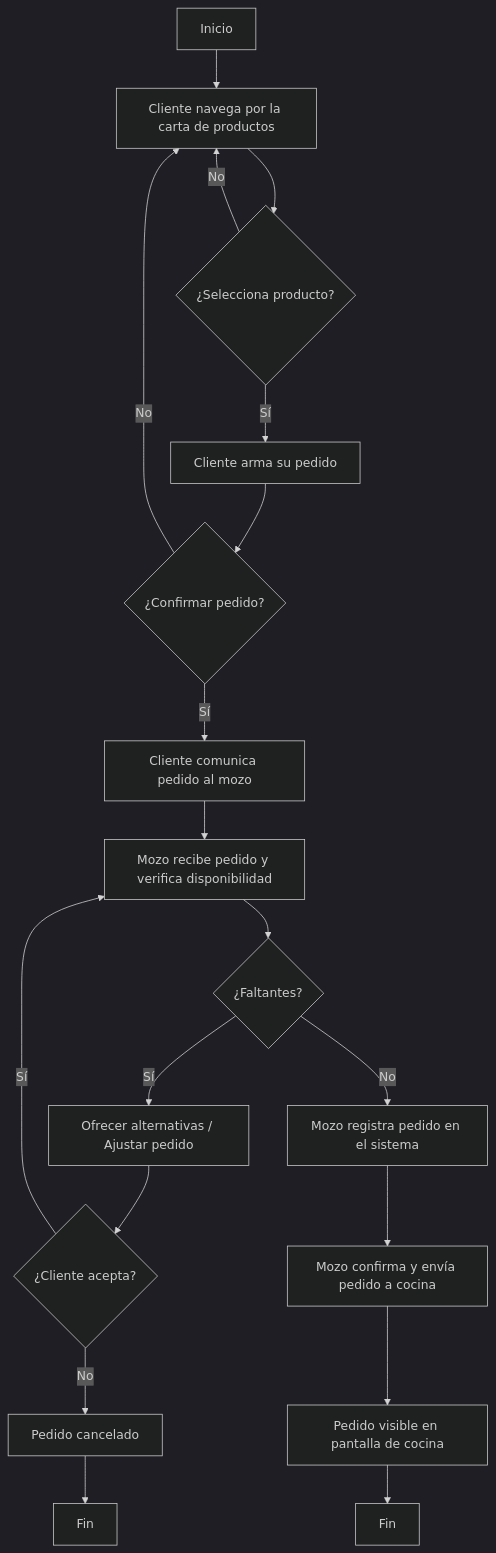
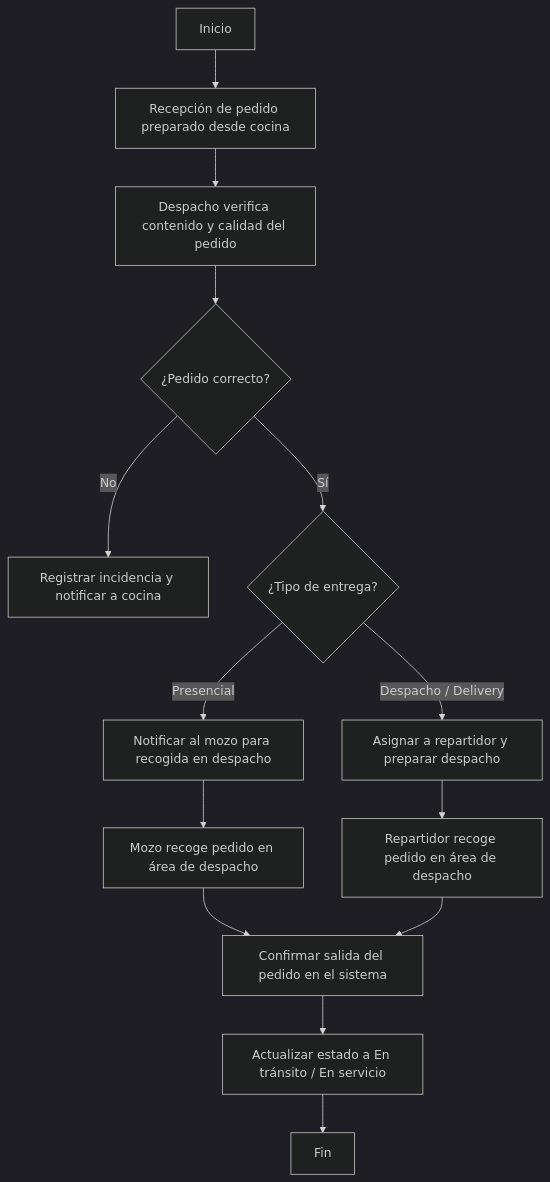
The third of 7 diagrams in Diagramas_De_Flujo.md (betoportugalc/ProyectoCafecito), drawn with Mermaid (dark theme) before and after one commit. The commit also changed other lines of this file, not shown here.

````diff
--- a/Diagramas_De_Flujo.md
+++ b/Diagramas_De_Flujo.md
@@ -3,21 +45,16 @@
 ```mermaid
 flowchart TD
-    A[Inicio] --> B[Cliente navega por la carta de productos]
-    B --> C{¿Selecciona producto?}
-    C -->|No| B
-    C -->|Sí| D[Cliente arma su pedido]
-    D --> E{¿Confirmar pedido?}
-    E -->|No| B
-    E -->|Sí| F[Cliente comunica pedido al mozo]
-    F --> G[Mozo recibe pedido y verifica disponibilidad]
-    G --> H{¿Faltantes?}
-    H -->|Sí| I[Ofrecer alternativas / Ajustar pedido]
-    I --> J{¿Cliente acepta?}
-    J -->|No| K[Pedido cancelado] --> Z[Fin]
-    J -->|Sí| G
-    H -->|No| L[Mozo registra pedido en el sistema]
-    L --> M[Mozo confirma y envía pedido a cocina]
-    M --> N[Pedido visible en pantalla de cocina]
-    N --> O[Fin]
-
+    A[Inicio] --> B[Recepción de pedido preparado desde cocina]
+    B --> C[Despacho verifica contenido y calidad del pedido]
+    C --> D{¿Pedido correcto?}
+    D -->|No| E[Registrar incidencia y notificar a cocina]
+    D -->|Sí| F{¿Tipo de entrega?}
+    F -->|Presencial| G[Notificar al mozo para recogida en despacho]
+    F -->|Despacho / Delivery| H[Asignar a repartidor y preparar despacho]
+    G --> I[Mozo recoge pedido en área de despacho]
+    H --> J[Repartidor recoge pedido en área de despacho]
+    I --> K[Confirmar salida del pedido en el sistema]
+    J --> K
+    K --> L[Actualizar estado a En tránsito / En servicio]
+    L --> M[Fin]
 ```
````
